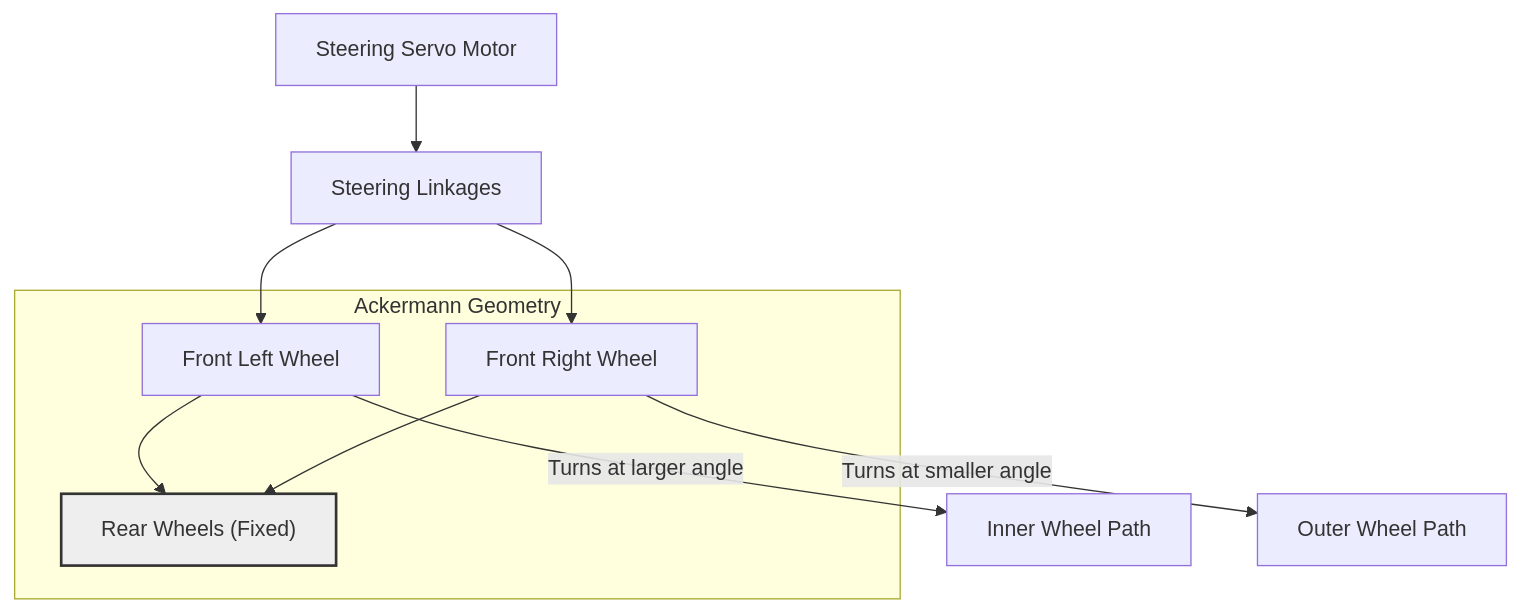
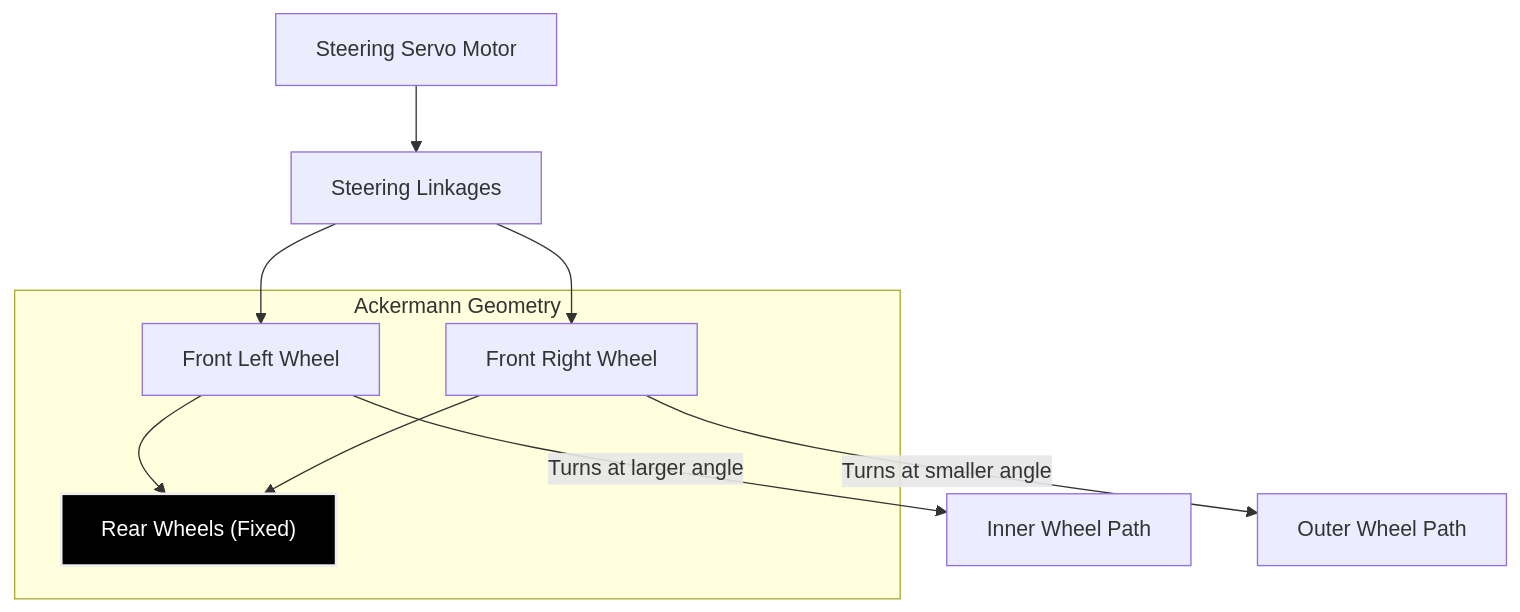
The first of 3 diagrams in README.md (Kikatsu/2025ChangeMakers), drawn with Mermaid before and after one commit. The commit also changed other lines of this file, not shown here.

````diff
--- a/README.md
+++ b/README.md
@@ -97,17 +97,17 @@
 ```mermaid
 flowchart TD
     A["Steering Servo Motor"] --> B["Steering Linkages"]
     B --> C["Front Left Wheel"]
     B --> D["Front Right Wheel"]
     C -- "Turns at larger angle" --> E["Inner Wheel Path"]
     D -- "Turns at smaller angle" --> F["Outer Wheel Path"]
     G["Rear Wheels (Fixed)"]
-    style G fill:#eee,stroke:#333,stroke-width:2px
+    style G fill:#000,stroke:#eee,stroke-width:2px,color:#fff
     C --> G
     D --> G
     subgraph Ackermann Geometry
         C
         D
         G
     end
 ```
````
